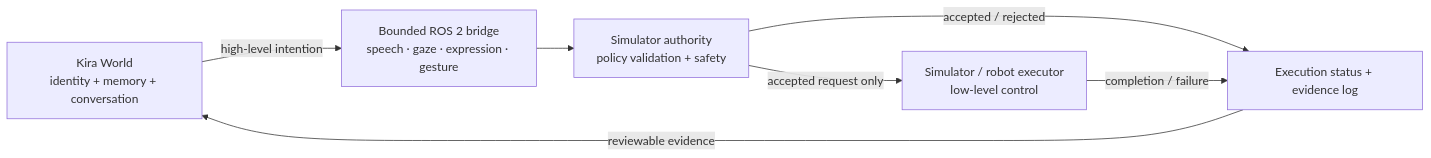
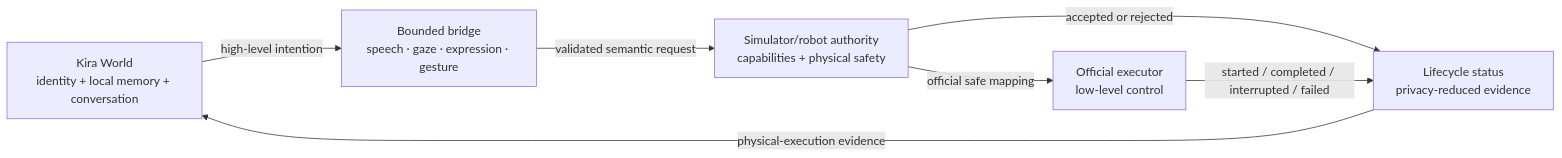
Before and after one commit to rmcmurrer81/Kira: the diagram in integrations/hanson_ros2_bridge/README.md, drawn with Mermaid. The commit also changed other lines of this file and 44 other files, not shown here.

Commit message:
Harden bounded ROS 2 bridge lifecycle

````diff
--- a/integrations/hanson_ros2_bridge/README.md
+++ b/integrations/hanson_ros2_bridge/README.md
@@ -31,15 +56,15 @@
 ```mermaid
 flowchart LR
-    K[Kira World\nidentity + memory + conversation]
-    B[Bounded ROS 2 bridge\nspeech · gaze · expression · gesture]
-    A[Simulator authority\npolicy validation + safety]
-    E[Simulator / robot executor\nlow-level control]
-    S[Execution status + evidence log]
+    K["Kira World<br/>identity + local memory + conversation"]
+    B["Bounded bridge<br/>speech · gaze · expression · gesture"]
+    A["Simulator/robot authority<br/>capabilities + physical safety"]
+    E["Official executor<br/>low-level control"]
+    S["Lifecycle status<br/>privacy-reduced evidence"]
 
-    K -->|high-level intention| B
-    B --> A
-    A -->|accepted request only| E
-    A -->|accepted / rejected| S
-    E -->|completion / failure| S
-    S -->|reviewable evidence| K
+    K -->|"high-level intention"| B
+    B -->|"validated semantic request"| A
+    A -->|"official safe mapping"| E
+    A -->|"accepted or rejected"| S
+    E -->|"started / completed / interrupted / failed"| S
+    S -->|"physical-execution evidence"| K
 ```
````
